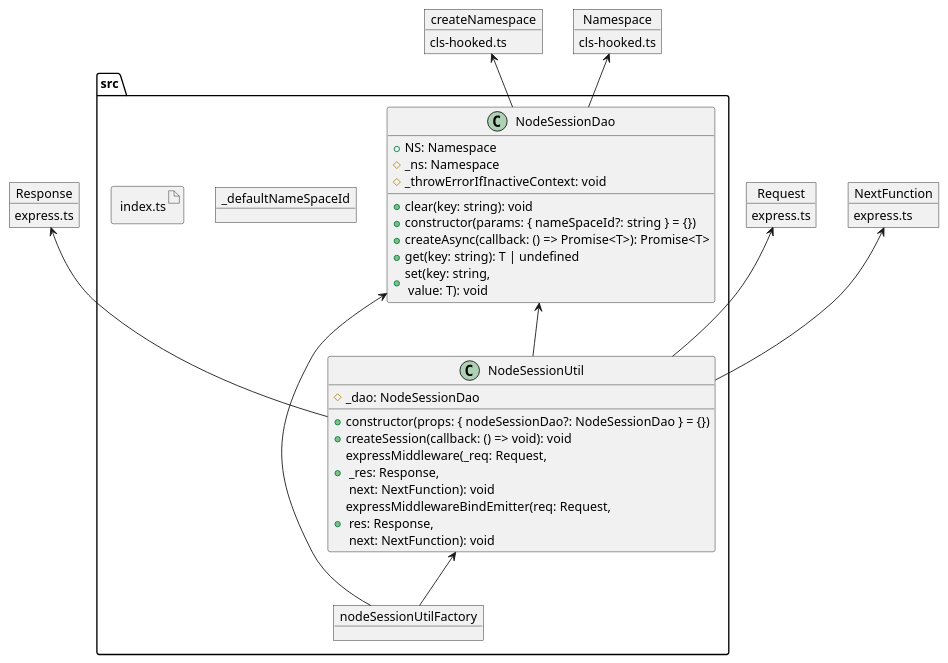
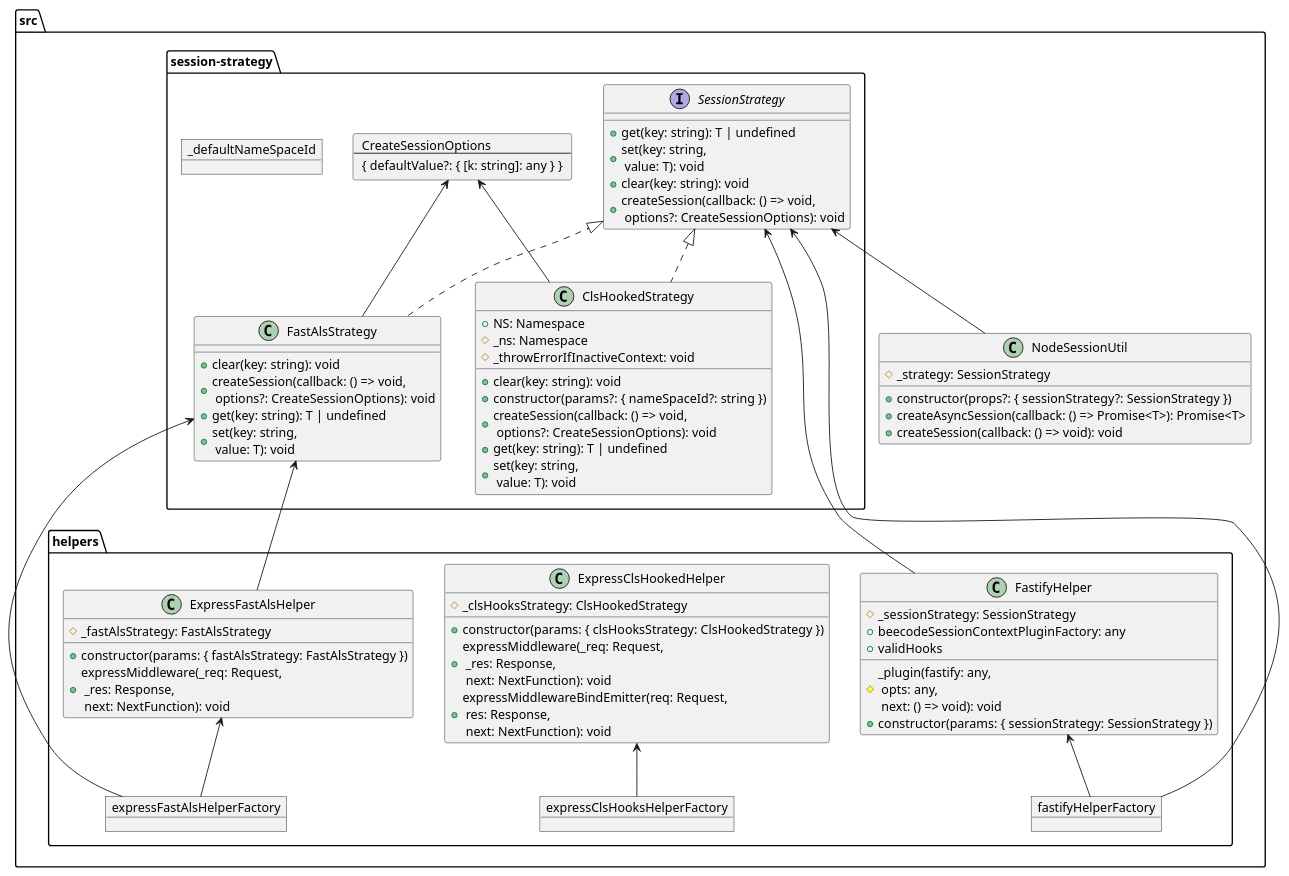
One commit to beecode-rs/msh-node-session changed the diagram in resource/doc/vision/vision.puml. Above: the diagram before and after it, drawn with PlantUML. The commit also changed 8 other files, not shown here.

First line of the commit message:
fix: add express fastAls helper, fix typo

```diff
--- a/resource/doc/vision/vision.puml
+++ b/resource/doc/vision/vision.puml
@@ -1,50 +1,79 @@
 @startuml
-    object "Namespace" as namespace_6f0870ff {
-      cls-hooked.ts
-    }
-    object "createNamespace" as create_namespace_6f0870ff {
-      cls-hooked.ts
-    }
-    object "NextFunction" as next_function_624f3316 {
-      express.ts
-    }
-    object "Request" as request_624f3316 {
-      express.ts
-    }
-    object "Response" as response_624f3316 {
-      express.ts
-    }
     folder "src" as src_b874d07 {
-      artifact "index.ts" as index_ts_e4daf83f {
+      class "NodeSessionUtil" as node_session_util_cf9cb43b {
+        # _strategy: SessionStrategy
+        + constructor(props?: { sessionStrategy?: SessionStrategy })
+        + createAsyncSession(callback: () => Promise<T>): Promise<T>
+        + createSession(callback: () => void): void
       }
-      object "_defaultNameSpaceId" as default_name_space_id_407f9775 {
+      folder "helpers" as helpers_e79980dd {
+        class "ExpressClsHookedHelper" as express_cls_hooked_helper_da32a454 {
+          # _clsHooksStrategy: ClsHookedStrategy
+          + constructor(params: { clsHooksStrategy: ClsHookedStrategy })
+          + expressMiddleware(_req: Request,\n _res: Response,\n next: NextFunction): void
+          + expressMiddlewareBindEmitter(req: Request,\n res: Response,\n next: NextFunction): void
+        }
+        object "expressClsHooksHelperFactory" as express_cls_hooks_helper_factory_da32a454 {
+        }
+        class "ExpressFastAlsHelper" as express_fast_als_helper_7b7757d4 {
+          # _fastAlsStrategy: FastAlsStrategy
+          + constructor(params: { fastAlsStrategy: FastAlsStrategy })
+          + expressMiddleware(_req: Request,\n _res: Response,\n next: NextFunction): void
+        }
+        object "expressFastAlsHelperFactory" as express_fast_als_helper_factory_7b7757d4 {
+        }
+        class "FastifyHelper" as fastify_helper_438f46 {
+          # _plugin(fastify: any,\n opts: any,\n next: () => void): void
+          # _sessionStrategy: SessionStrategy
+          + beecodeSessionContextPluginFactory: any
+          + constructor(params: { sessionStrategy: SessionStrategy })
+          + validHooks
+        }
+        object "fastifyHelperFactory" as fastify_helper_factory_438f46 {
+        }
       }
-      class "NodeSessionDao" as node_session_dao_407f9775 {
-        + NS: Namespace
-        # _ns: Namespace
-        # _throwErrorIfInactiveContext: void
-        + clear(key: string): void
-       + constructor(params: { nameSpaceId?: string } = {})
-        + createAsync(callback: () => Promise<T>): Promise<T>
-        + get(key: string): T | undefined
-        + set(key: string,\n value: T): void
-      }
-      class "NodeSessionUtil" as node_session_util_cf9cb43b {
-        # _dao: NodeSessionDao
-       + constructor(props: { nodeSessionDao?: NodeSessionDao } = {})
-        + createSession(callback: () => void): void
-        + expressMiddleware(_req: Request,\n _res: Response,\n next: NextFunction): void
-        + expressMiddlewareBindEmitter(req: Request,\n res: Response,\n next: NextFunction): void
-      }
-      object "nodeSessionUtilFactory" as node_session_util_factory_cf9cb43b {
+      folder "session-strategy" as session_strategy_8743c280 {
+        object "_defaultNameSpaceId" as default_name_space_id_5f19a943 {
+        }
+        class "ClsHookedStrategy" as cls_hooked_strategy_5f19a943 {
+          + NS: Namespace
+          # _ns: Namespace
+          # _throwErrorIfInactiveContext: void
+          + clear(key: string): void
+          + constructor(params?: { nameSpaceId?: string })
+          + createSession(callback: () => void,\n options?: CreateSessionOptions): void
+          + get(key: string): T | undefined
+          + set(key: string,\n value: T): void
+        }
+        class "FastAlsStrategy" as fast_als_strategy_82c98943 {
+          + clear(key: string): void
+          + createSession(callback: () => void,\n options?: CreateSessionOptions): void
+          + get(key: string): T | undefined
+          + set(key: string,\n value: T): void
+        }
+        card create_session_options_87f89bce [
+          CreateSessionOptions
+          ---
+          { defaultValue?: { [k: string]: any } }
+        ]
+        interface "SessionStrategy" as session_strategy_87f89bce {
+          + get(key: string): T | undefined
+          + set(key: string,\n value: T): void
+          + clear(key: string): void
+          + createSession(callback: () => void,\n options?: CreateSessionOptions): void
+        }
       }
     }
-  node_session_dao_407f9775 -up-> namespace_6f0870ff
-  node_session_dao_407f9775 -up-> create_namespace_6f0870ff
-  node_session_util_cf9cb43b -up-> node_session_dao_407f9775
-  node_session_util_cf9cb43b -up-> next_function_624f3316
-  node_session_util_cf9cb43b -up-> request_624f3316
-  node_session_util_cf9cb43b -up-> response_624f3316
-  node_session_util_factory_cf9cb43b -up-> node_session_dao_407f9775
-  node_session_util_factory_cf9cb43b -up-> node_session_util_cf9cb43b
+  express_cls_hooks_helper_factory_da32a454 -up-> express_cls_hooked_helper_da32a454
+  express_fast_als_helper_7b7757d4 -up-> fast_als_strategy_82c98943
+  express_fast_als_helper_factory_7b7757d4 -up-> fast_als_strategy_82c98943
+  express_fast_als_helper_factory_7b7757d4 -up-> express_fast_als_helper_7b7757d4
+  fastify_helper_438f46 -up-> session_strategy_87f89bce
+  fastify_helper_factory_438f46 -up-> session_strategy_87f89bce
+  fastify_helper_factory_438f46 -up-> fastify_helper_438f46
+  node_session_util_cf9cb43b -up-> session_strategy_87f89bce
+  cls_hooked_strategy_5f19a943 -up-> create_session_options_87f89bce
+  cls_hooked_strategy_5f19a943 .up.|> session_strategy_87f89bce
+  fast_als_strategy_82c98943 -up-> create_session_options_87f89bce
+  fast_als_strategy_82c98943 .up.|> session_strategy_87f89bce
 @enduml
```
